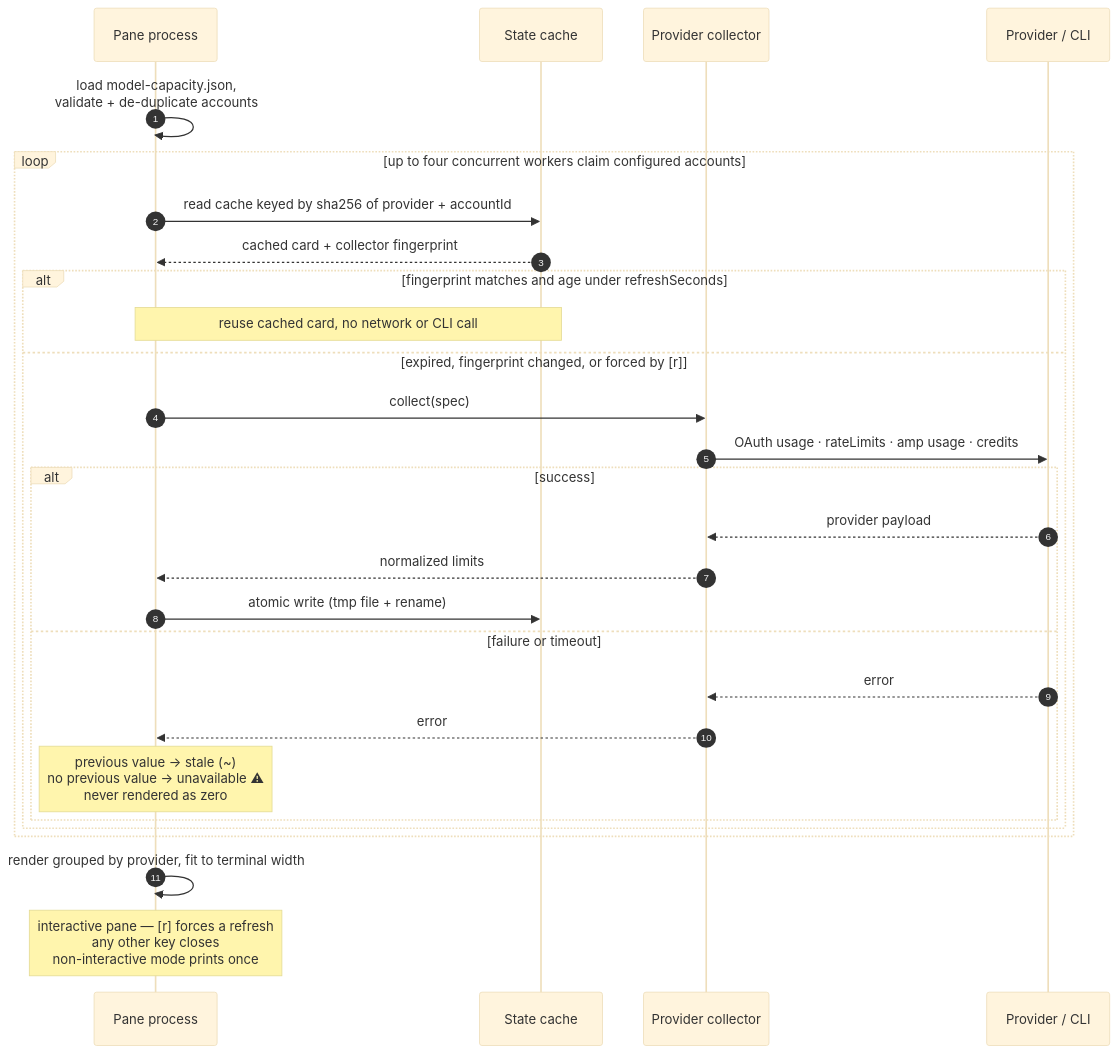
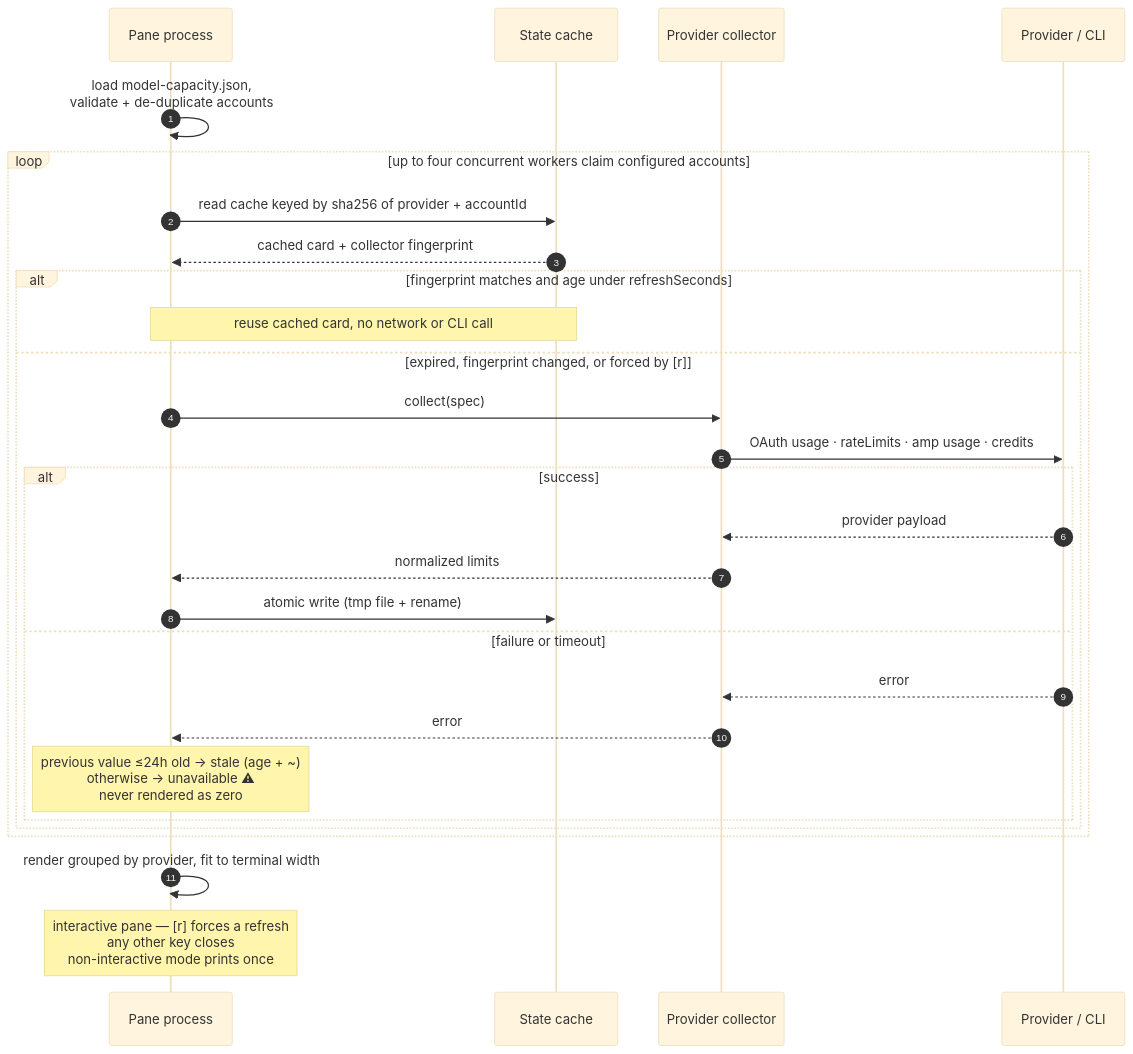
The second of 2 diagrams in README.md (shrivatsas/herdr-model-capacity), drawn with Mermaid (base theme) before and after one commit. The commit also changed other lines of this file and 4 other files, not shown here.

````diff
--- a/README.md
+++ b/README.md
@@ -69,34 +70,34 @@
 ```mermaid
 sequenceDiagram
     autonumber
     participant P as Pane process
     participant C as State cache
     participant X as Provider collector
     participant S as Provider / CLI
 
     P->>P: load model-capacity.json,<br/>validate + de-duplicate accounts
 
     loop up to four concurrent workers claim configured accounts
         P->>C: read cache keyed by sha256 of provider + accountId
         C-->>P: cached card + collector fingerprint
 
         alt fingerprint matches and age under refreshSeconds
             Note over P,C: reuse cached card, no network or CLI call
         else expired, fingerprint changed, or forced by [r]
             P->>X: collect(spec)
             X->>S: OAuth usage · rateLimits · amp usage · credits
             alt success
                 S-->>X: provider payload
                 X-->>P: normalized limits
                 P->>C: atomic write (tmp file + rename)
             else failure or timeout
                 S-->>X: error
                 X-->>P: error
-                Note over P: previous value → stale (~)<br/>no previous value → unavailable ⚠<br/>never rendered as zero
+                Note over P: previous value ≤24h old → stale (age + ~)<br/>otherwise → unavailable ⚠<br/>never rendered as zero
             end
         end
     end
 
     P->>P: render grouped by provider, fit to terminal width
     Note over P: interactive pane — [r] forces a refresh<br/>any other key closes<br/>non-interactive mode prints once
 ```
````
